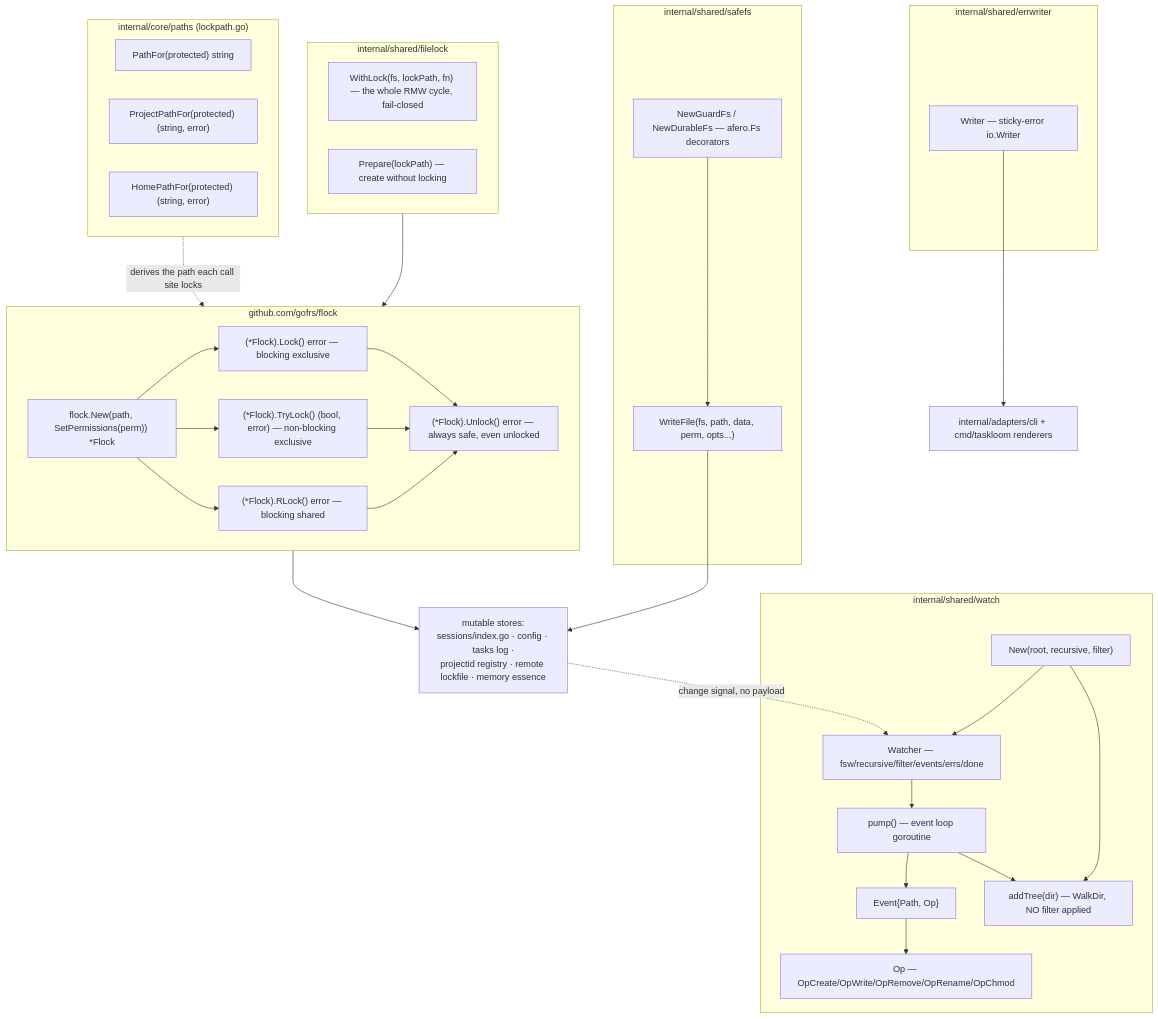
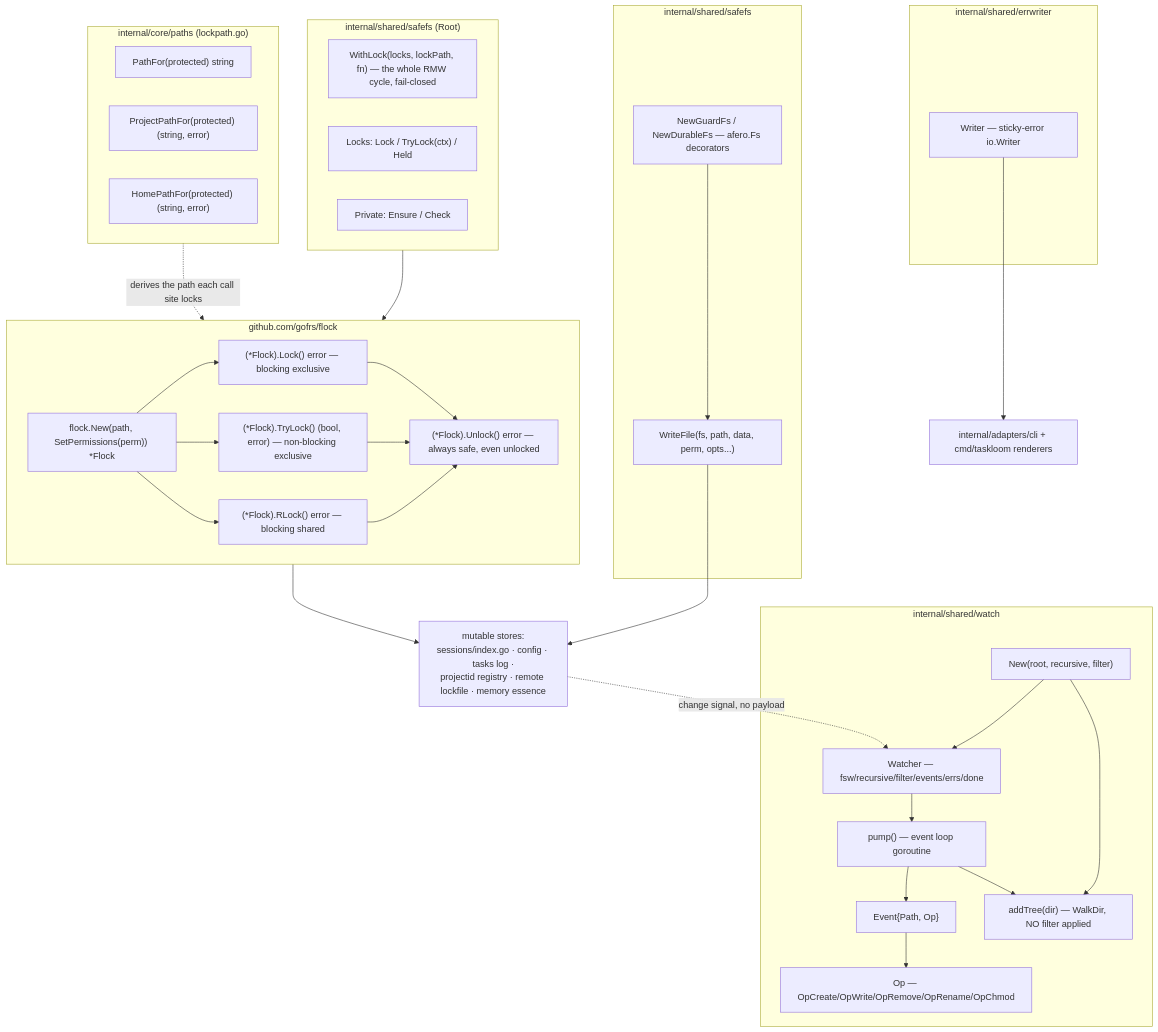
One commit to ctxloom/ctxloom changed the diagram in docs/architecture/shared/filesystem-io.md. Above: the diagram before and after it, drawn with Mermaid. The commit also changed other lines of this file and 25 other files, not shown here.

First line of the commit message:
delete owneronly and safefs.OpenLockFile; filelock is only the fs-detection shim (marshy-capture)

````diff
--- a/docs/architecture/shared/filesystem-io.md
+++ b/docs/architecture/shared/filesystem-io.md
@@ -9,51 +9,52 @@
 ```mermaid
 flowchart TD
   subgraph sf["internal/shared/safefs"]
     WFA["WriteFile(fs, path, data, perm, opts...)"]
     WFAF["NewGuardFs / NewDurableFs — afero.Fs decorators"]
     WFAF --> WFA
   end
   subgraph ew["internal/shared/errwriter"]
     EW["Writer — sticky-error io.Writer"]
   end
 
-  subgraph flk["internal/shared/filelock"]
-    WL["WithLock(fs, lockPath, fn) — the whole RMW cycle, fail-closed"]
-    PR["Prepare(lockPath) — create without locking"]
+  subgraph rt["internal/shared/safefs (Root)"]
+    WL["WithLock(locks, lockPath, fn) — the whole RMW cycle, fail-closed"]
+    LK["Locks: Lock / TryLock(ctx) / Held"]
+    PV["Private: Ensure / Check"]
   end
-  flk --> fl
+  rt --> fl
   subgraph fl["github.com/gofrs/flock"]
     FN["flock.New(path, SetPermissions(perm)) *Flock"]
     FL["(*Flock).Lock() error — blocking exclusive"]
     FT["(*Flock).TryLock() (bool, error) — non-blocking exclusive"]
     FR["(*Flock).RLock() error — blocking shared"]
     FU["(*Flock).Unlock() error — always safe, even unlocked"]
     FN --> FL & FT & FR
     FL & FT & FR --> FU
   end
   subgraph pp["internal/core/paths (lockpath.go)"]
     PF["PathFor(protected) string"]
     PPF["ProjectPathFor(protected) (string, error)"]
     HPF["HomePathFor(protected) (string, error)"]
   end
   pp -.->|"derives the path each call site locks"| fl
 
   subgraph wt["internal/shared/watch"]
     NEW["New(root, recursive, filter)"]
     W["Watcher — fsw/recursive/filter/events/errs/done"]
     EV["Event{Path, Op}"]
     OP["Op — OpCreate/OpWrite/OpRemove/OpRename/OpChmod"]
     AT["addTree(dir) — WalkDir, NO filter applied"]
     PUMP["pump() — event loop goroutine"]
     NEW --> W
     W --> PUMP --> EV --> OP
     NEW --> AT
     PUMP --> AT
   end
 
   stores["mutable stores:<br/>sessions/index.go · config · tasks log ·<br/>projectid registry · remote lockfile · memory essence"]
   fl --> stores
   WFA --> stores
   stores -.->|"change signal, no payload"| W
   EW --> cli["internal/adapters/cli + cmd/taskloom renderers"]
 ```
````
